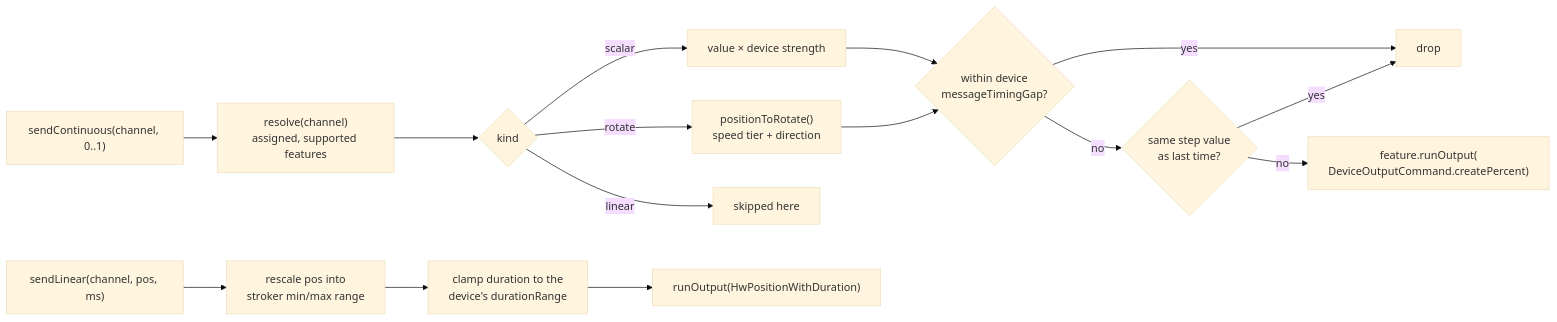
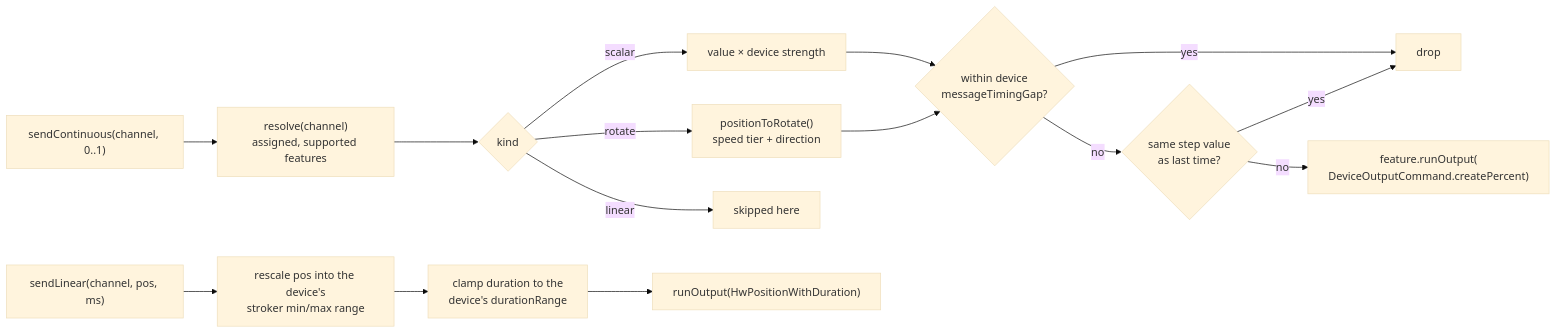
One commit to lumbar-spine-support/docker-haptic-player changed the sixth of 7 diagrams in docs/developer/haptics.md. Above: the diagram before and after it, drawn with Mermaid (base theme). The commit also changed other lines of this file and 52 other files, not shown here.

````diff
--- a/docs/developer/haptics.md
+++ b/docs/developer/haptics.md
@@ -221,17 +222,17 @@
 ```mermaid
 flowchart LR
   SC["sendContinuous(channel, 0..1)"] --> Res["resolve(channel)<br/>assigned, supported features"]
   Res --> Kind{"kind"}
   Kind -- scalar --> Sc["value × device strength"]
   Kind -- rotate --> Rot["positionToRotate()<br/>speed tier + direction"]
   Kind -- linear --> Skip["skipped here"]
   Sc & Rot --> Gap{"within device<br/>messageTimingGap?"}
   Gap -- yes --> Drop["drop"]
   Gap -- no --> Dedup{"same step value<br/>as last time?"}
   Dedup -- yes --> Drop
   Dedup -- no --> Run["feature.runOutput(<br/>DeviceOutputCommand.createPercent)"]
 
-  SL["sendLinear(channel, pos, ms)"] --> Scale["rescale pos into<br/>stroker min/max range"]
+  SL["sendLinear(channel, pos, ms)"] --> Scale["rescale pos into the device's<br/>stroker min/max range"]
   Scale --> Clamp["clamp duration to the<br/>device's durationRange"]
   Clamp --> RunL["runOutput(HwPositionWithDuration)"]
 ```
````
